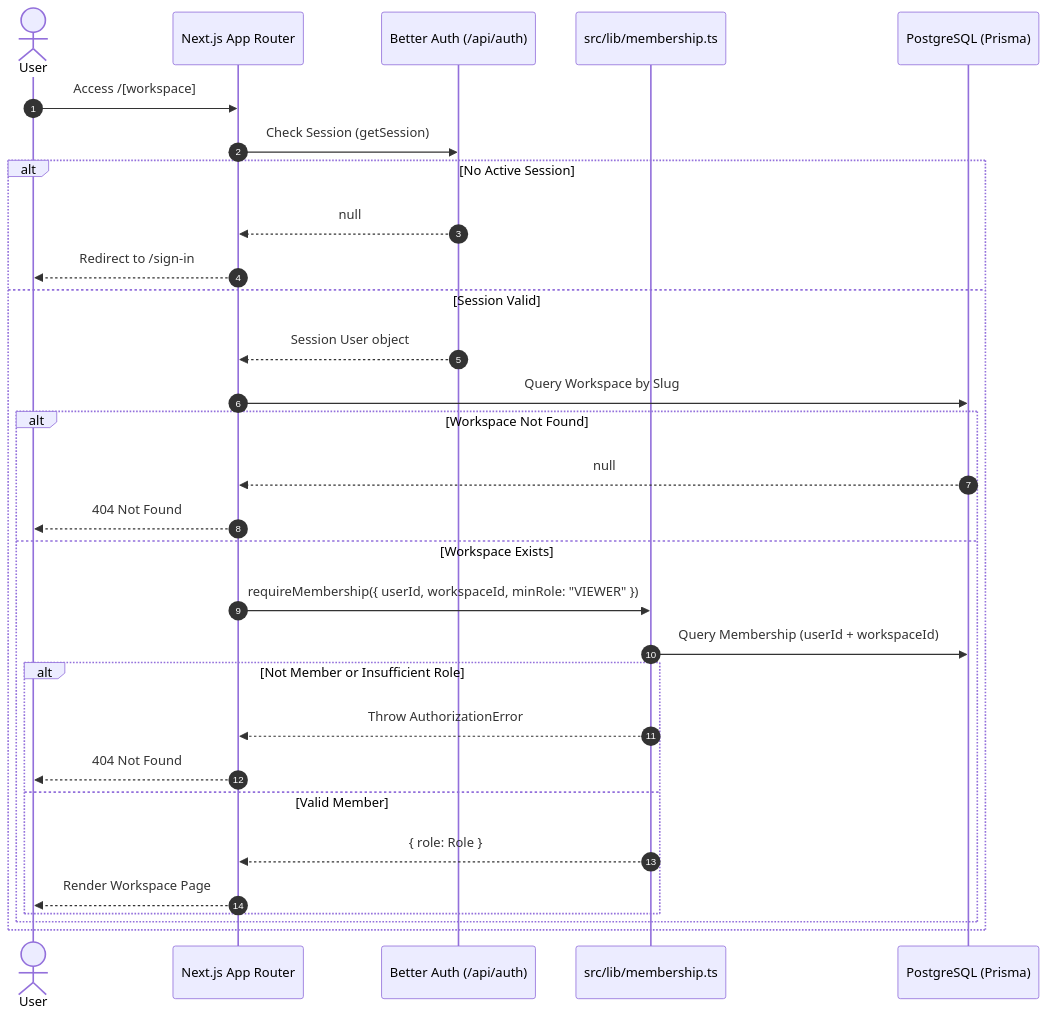
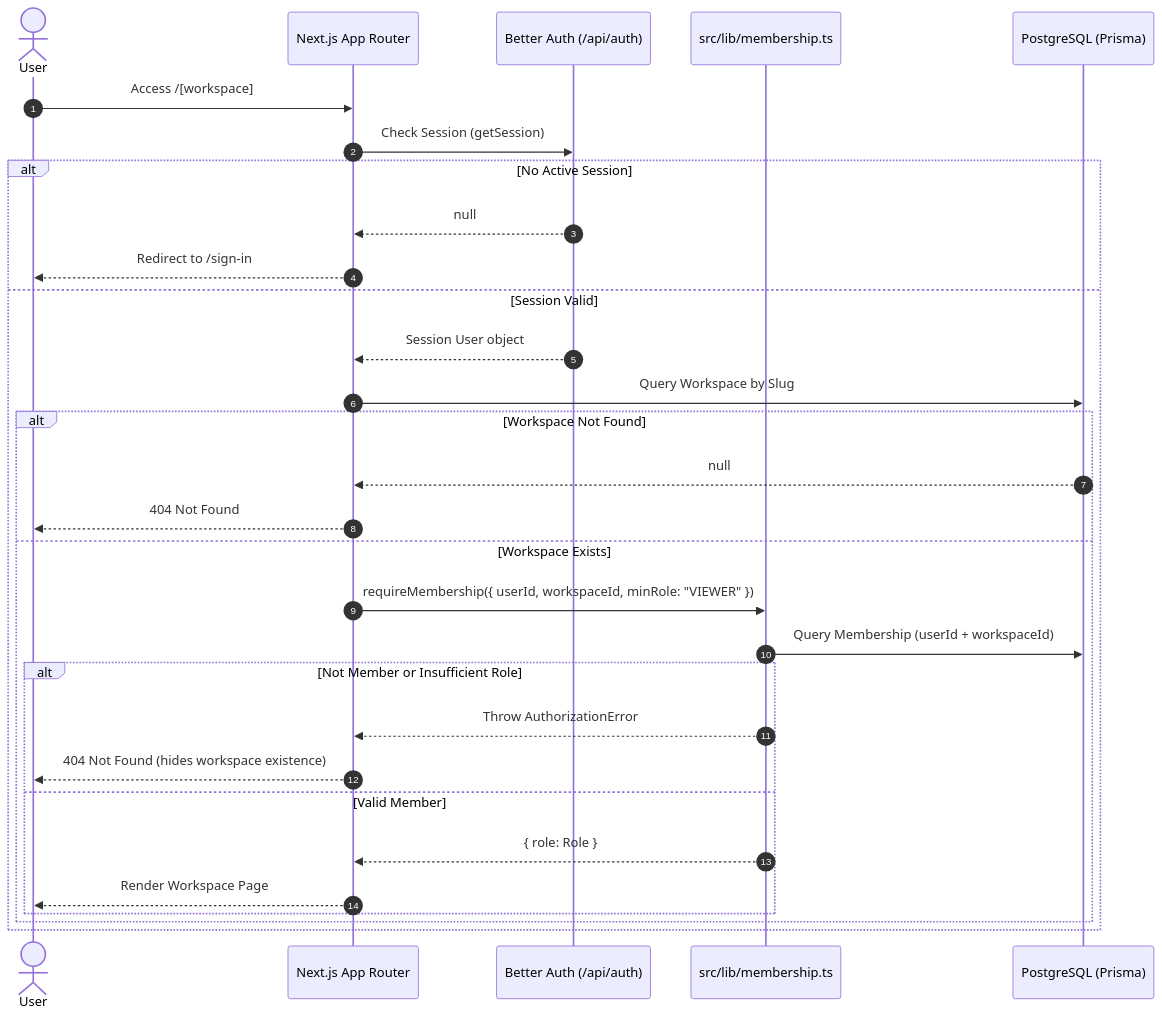
The diagram in README.md (joaoricardofp/incident-flow), drawn with Mermaid before and after one commit. The commit also changed other lines of this file and 2 other files, not shown here.

````diff
--- a/README.md
+++ b/README.md
@@ -328,33 +435,33 @@
 ```mermaid
 sequenceDiagram
     autonumber
     actor User
     participant App as Next.js App Router
     participant Auth as Better Auth (/api/auth)
     participant AuthLib as src/lib/membership.ts
     participant DB as PostgreSQL (Prisma)
 
     User->>App: Access /[workspace]
     App->>Auth: Check Session (getSession)
     alt No Active Session
         Auth-->>App: null
         App-->>User: Redirect to /sign-in
     else Session Valid
         Auth-->>App: Session User object
         App->>DB: Query Workspace by Slug
         alt Workspace Not Found
             DB-->>App: null
             App-->>User: 404 Not Found
         else Workspace Exists
             App->>AuthLib: requireMembership({ userId, workspaceId, minRole: "VIEWER" })
             AuthLib->>DB: Query Membership (userId + workspaceId)
             alt Not Member or Insufficient Role
                 AuthLib-->>App: Throw AuthorizationError
-                App-->>User: 404 Not Found
+                App-->>User: 404 Not Found (hides workspace existence)
             else Valid Member
                 AuthLib-->>App: { role: Role }
                 App-->>User: Render Workspace Page
             end
         end
     end
 ```
````
